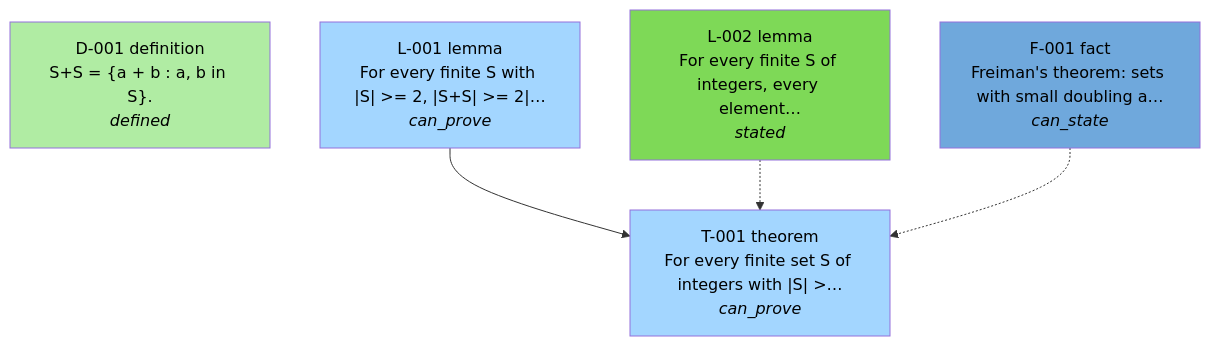
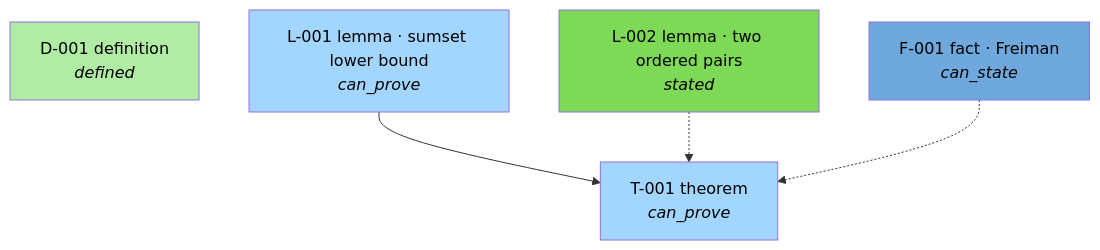
The second of 2 diagrams in README.md (zi-wa/Neugier), drawn with Mermaid before and after one commit. The commit also changed other lines of this file and 4 other files, not shown here.

````diff
--- a/README.md
+++ b/README.md
@@ -128,25 +231,22 @@
 ```mermaid
 flowchart TD
   classDef fully_proved fill:#1CAC78,color:#ffffff
   classDef proved fill:#9CEC8B,color:#000000
   classDef can_prove fill:#A3D6FF,color:#000000
   classDef stated fill:#7ED957,color:#000000
   classDef can_state fill:#6FA8DC,color:#000000
-  classDef not_ready fill:#FFAA33,color:#000000
   classDef defined fill:#B0ECA3,color:#000000
-  classDef mathlib fill:#006400,color:#ffffff
-  classDef refuted fill:#F4CCCC,color:#000000,stroke:#c00000,stroke-width:2px
-  D_001["D-001 definition<br/>S+S = {a + b : a, b in S}.<br/><i>defined</i>"]
+  D_001["D-001 definition<br/><i>defined</i>"]
   class D_001 defined
-  F_001["F-001 fact<br/>Freiman's theorem: sets with small doubling a…<br/><i>can_state</i>"]
+  F_001["F-001 fact · Freiman<br/><i>can_state</i>"]
   class F_001 can_state
-  L_001["L-001 lemma<br/>For every finite S with |S| >= 2, |S+S| >= 2|…<br/><i>can_prove</i>"]
+  L_001["L-001 lemma · sumset lower bound<br/><i>can_prove</i>"]
   class L_001 can_prove
-  L_002["L-002 lemma<br/>For every finite S of integers, every element…<br/><i>stated</i>"]
+  L_002["L-002 lemma · two ordered pairs<br/><i>stated</i>"]
   class L_002 stated
-  T_001["T-001 theorem<br/>For every finite set S of integers with |S| >…<br/><i>can_prove</i>"]
+  T_001["T-001 theorem<br/><i>can_prove</i>"]
   class T_001 can_prove
   L_001 --> T_001
   L_002 -.-> T_001
   F_001 -.-> T_001
 ```
````
